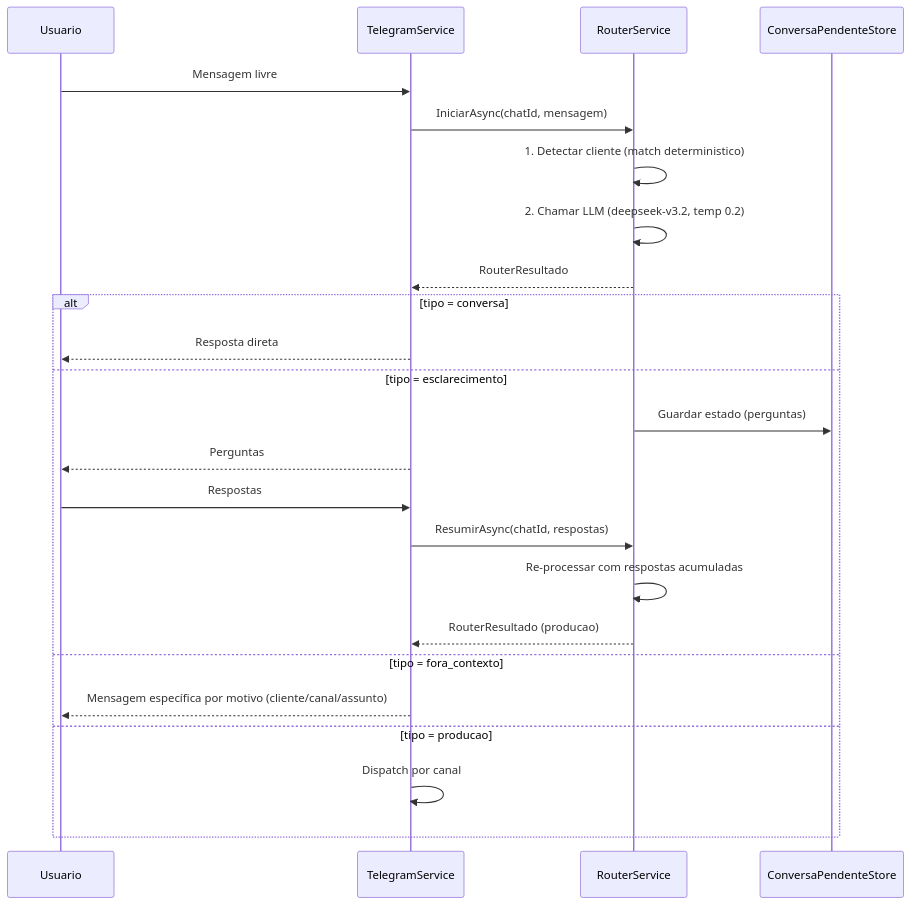
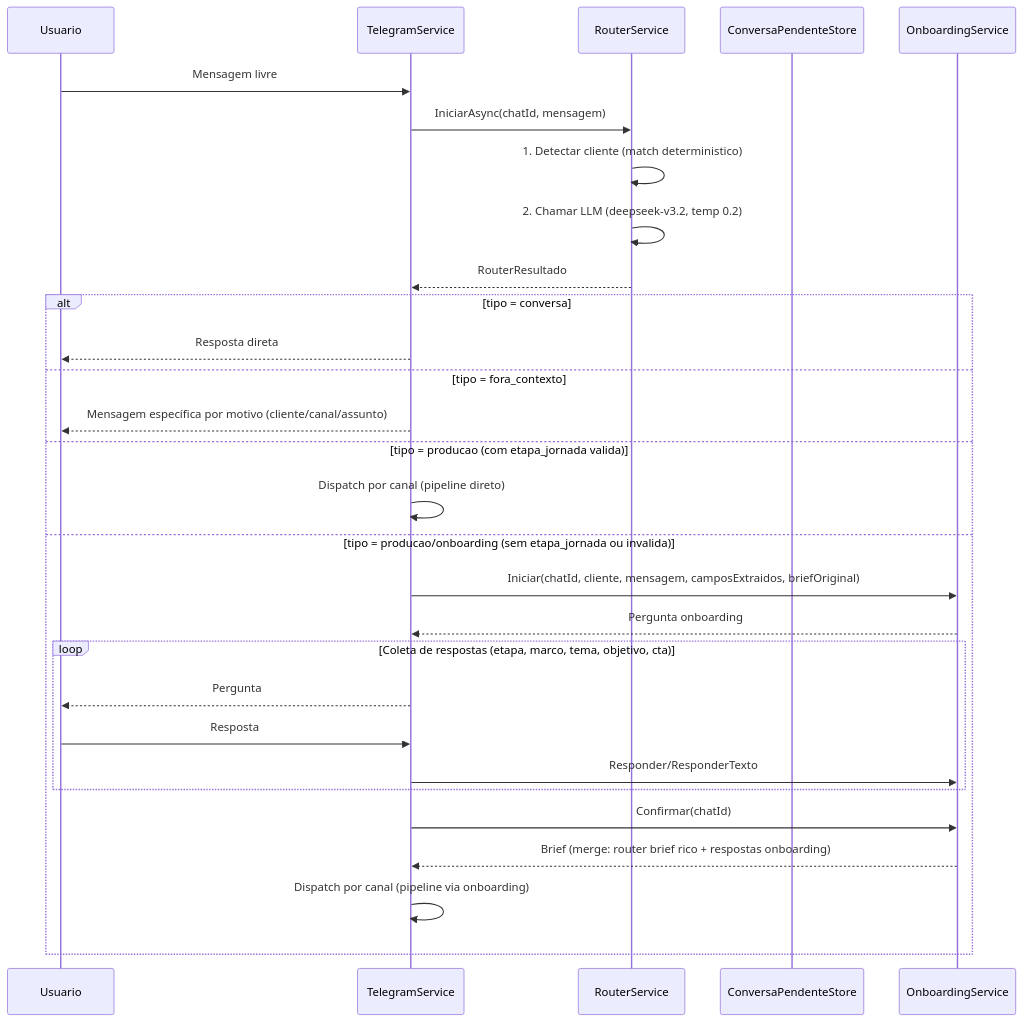
The second of 7 diagrams in docs/ARCHITECTURE.md (joaopedro-marques/suspira.fluxo.demo), drawn with Mermaid before and after one commit. The commit also changed other lines of this file, not shown here.

Commit message:
docs: atualizar ARCHITECTURE.md com schema do router (tema) e fluxo de onboarding
- Adiciona campo 'tema' ao schema do brief no router
- Atualiza record Brief para incluir parametro Tema
- Atualiza diagrama de sequencia: remove fluxo de esclarecimento LLM
  (removido no commit d9a05e7) e adiciona fluxo de onboarding
  deterministico com BriefOriginal (merge router + onboarding)

````diff
--- a/docs/ARCHITECTURE.md
+++ b/docs/ARCHITECTURE.md
@@ -67,29 +67,34 @@
 ```mermaid
 sequenceDiagram
     participant U as Usuario
     participant T as TelegramService
     participant R as RouterService
     participant PS as ConversaPendenteStore
+    participant O as OnboardingService
     
     U->>T: Mensagem livre
     T->>R: IniciarAsync(chatId, mensagem)
     
     R->>R: 1. Detectar cliente (match deterministico)
     R->>R: 2. Chamar LLM (deepseek-v3.2, temp 0.2)
     R-->>T: RouterResultado
     
     alt tipo = conversa
         T-->>U: Resposta direta
-    else tipo = esclarecimento
-        R->>PS: Guardar estado (perguntas)
-        T-->>U: Perguntas
-        U->>T: Respostas
-        T->>R: ResumirAsync(chatId, respostas)
-        R->>R: Re-processar com respostas acumuladas
-        R-->>T: RouterResultado (producao)
     else tipo = fora_contexto
         T-->>U: Mensagem específica por motivo (cliente/canal/assunto)
-    else tipo = producao
-        T->>T: Dispatch por canal
+    else tipo = producao (com etapa_jornada valida)
+        T->>T: Dispatch por canal (pipeline direto)
+    else tipo = producao/onboarding (sem etapa_jornada ou invalida)
+        T->>O: Iniciar(chatId, cliente, mensagem, camposExtraidos, briefOriginal)
+        O-->>T: Pergunta onboarding
+        loop Coleta de respostas (etapa, marco, tema, objetivo, cta)
+            T-->>U: Pergunta
+            U->>T: Resposta
+            T->>O: Responder/ResponderTexto
+        end
+        T->>O: Confirmar(chatId)
+        O-->>T: Brief (merge: router brief rico + respostas onboarding)
+        T->>T: Dispatch por canal (pipeline via onboarding)
     end
 ```
````
